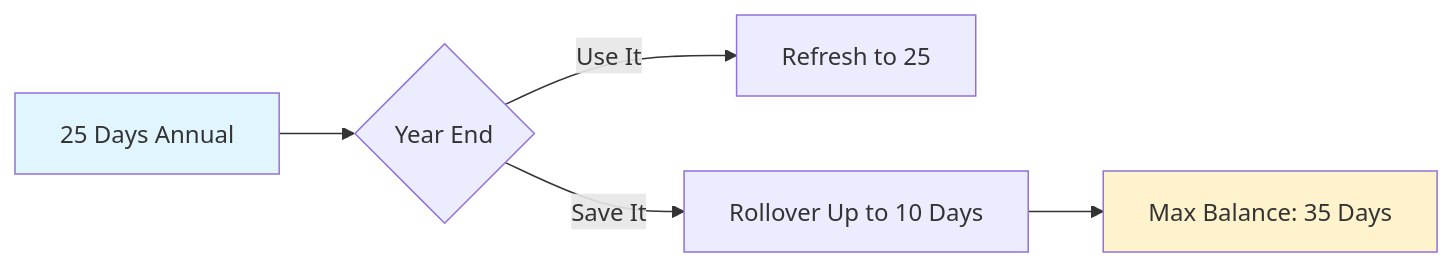
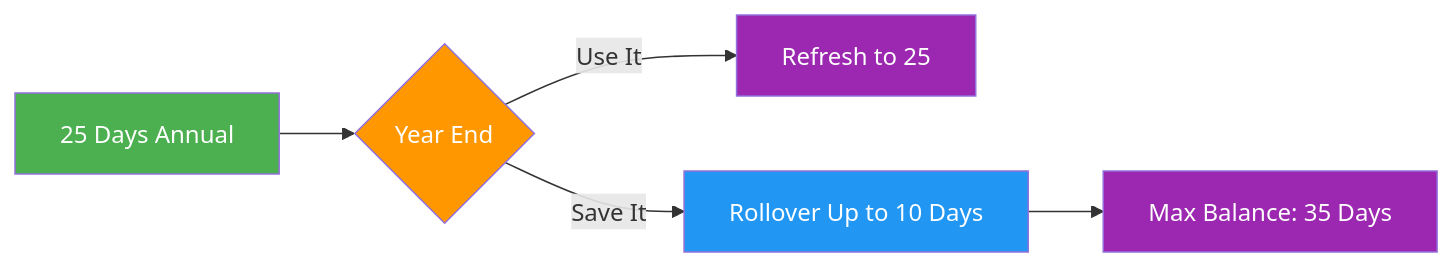
The first of 2 diagrams in docs/en/people/pto-policy.md (ultralytics/handbook), drawn with Mermaid before and after one commit. The commit also changed other lines of this file and 16 other files, not shown here.

Commit message:
Standardize Mermaid diagram colors (#302)

````diff
--- a/docs/en/people/pto-policy.md
+++ b/docs/en/people/pto-policy.md
@@ -59,10 +59,12 @@
 ```mermaid
 graph LR
-    A[25 Days Annual] --> B{Year End}
-    B -->|Use It| C[Refresh to 25]
-    B -->|Save It| D[Rollover Up to 10 Days]
-    D --> E[Max Balance: 35 Days]
+    A[25 Days Annual]:::start --> B{Year End}:::decide
+    B -->|Use It| C[Refresh to 25]:::out
+    B -->|Save It| D[Rollover Up to 10 Days]:::proc
+    D --> E[Max Balance: 35 Days]:::out
 
-    style A fill:#e1f5ff
-    style E fill:#fff3cd
+    classDef start fill:#4CAF50,color:#fff
+    classDef proc fill:#2196F3,color:#fff
+    classDef decide fill:#FF9800,color:#fff
+    classDef out fill:#9C27B0,color:#fff
 ```
````
